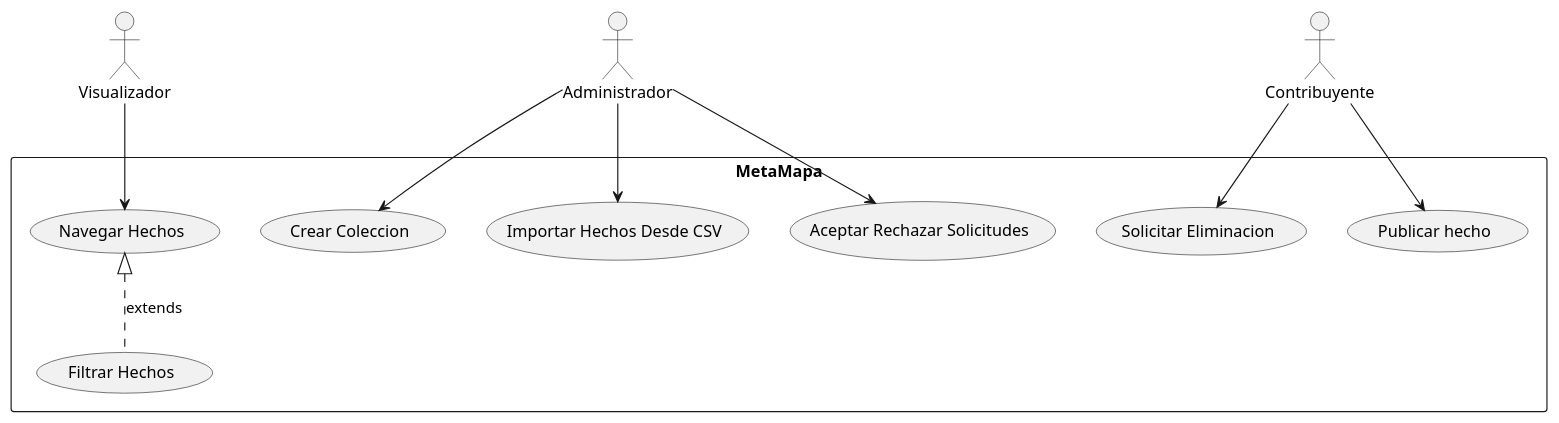
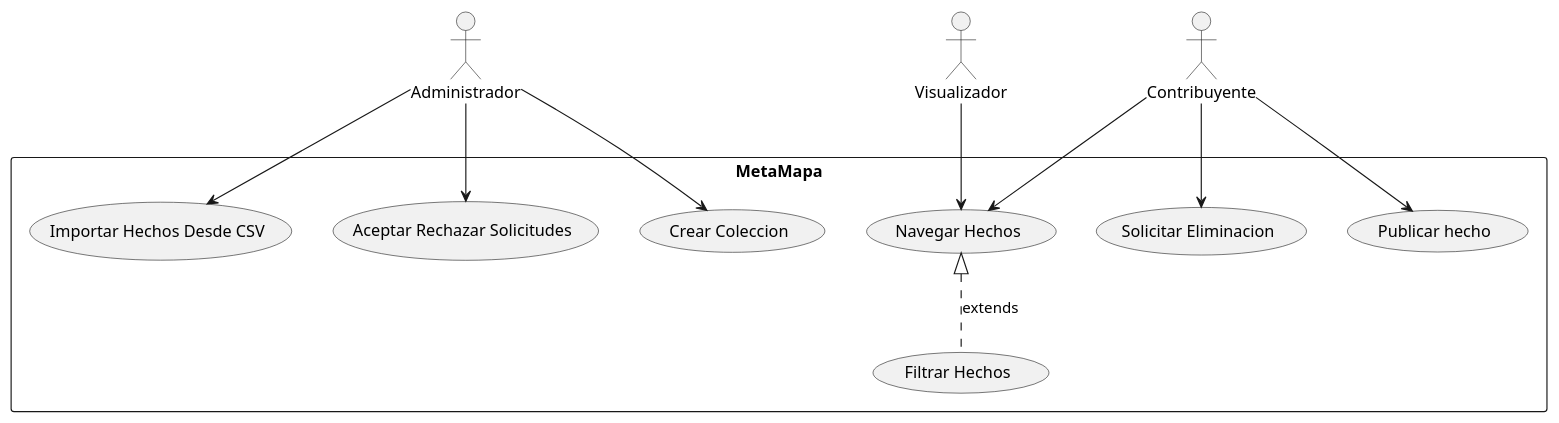
The diagram in CasosDeUso.puml (faustorod1/MetaMapa), drawn with PlantUML before and after one commit. The commit also changed 10 other files, not shown here.

```diff
--- a/CasosDeUso.puml
+++ b/CasosDeUso.puml
@@ -1,27 +1,28 @@
 @startuml
 
 :Visualizador: as Visualizador
 :Administrador: as Administrador
 :Contribuyente: as Contribuyente
 
 
 rectangle MetaMapa{
     (Crear Coleccion)
     (Importar Hechos Desde CSV)
     (Navegar Hechos)
     (Filtrar Hechos)
     (Solicitar Eliminacion)
     (Aceptar Rechazar Solicitudes)
     (Publicar hecho)
 }
 
 Administrador --> (Crear Coleccion)
 Administrador --> (Importar Hechos Desde CSV)
 Administrador --> (Aceptar Rechazar Solicitudes)
 
 Visualizador --> (Navegar Hechos)
 (Filtrar Hechos) .u.|> (Navegar Hechos) : extends
+Contribuyente --> (Navegar Hechos)
 Contribuyente --> (Solicitar Eliminacion)
 Contribuyente --> (Publicar hecho)
 
 @enduml
```
